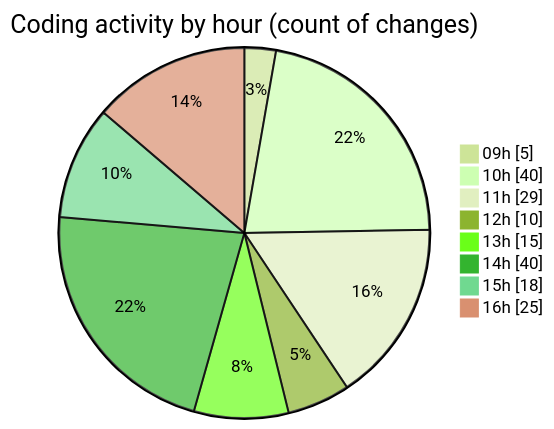
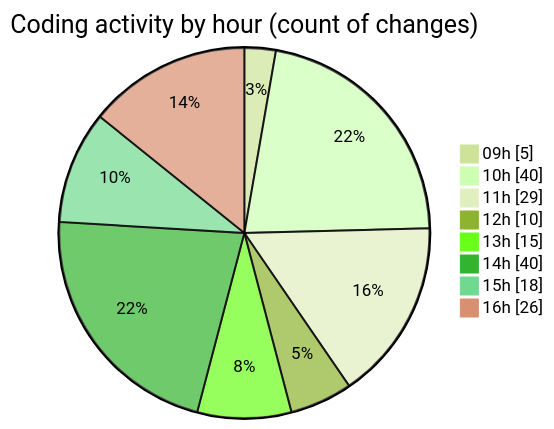
Before and after one commit to CELIANVF/code-tracking: the second of 2 diagrams in 2025-06-02/ecodeli-1/README.md, drawn with Mermaid (forest theme). The commit also changed other lines of this file and 1 other file, not shown here.

````diff
--- a/2025-06-02/ecodeli-1/README.md
+++ b/2025-06-02/ecodeli-1/README.md
@@ -102,12 +103,12 @@
 ```mermaid
 pie showData
 title Coding activity by hour (count of changes)
 "09h" : 5
 "10h" : 40
 "11h" : 29
 "12h" : 10
 "13h" : 15
 "14h" : 40
 "15h" : 18
-"16h" : 25
+"16h" : 26
 ```
````
